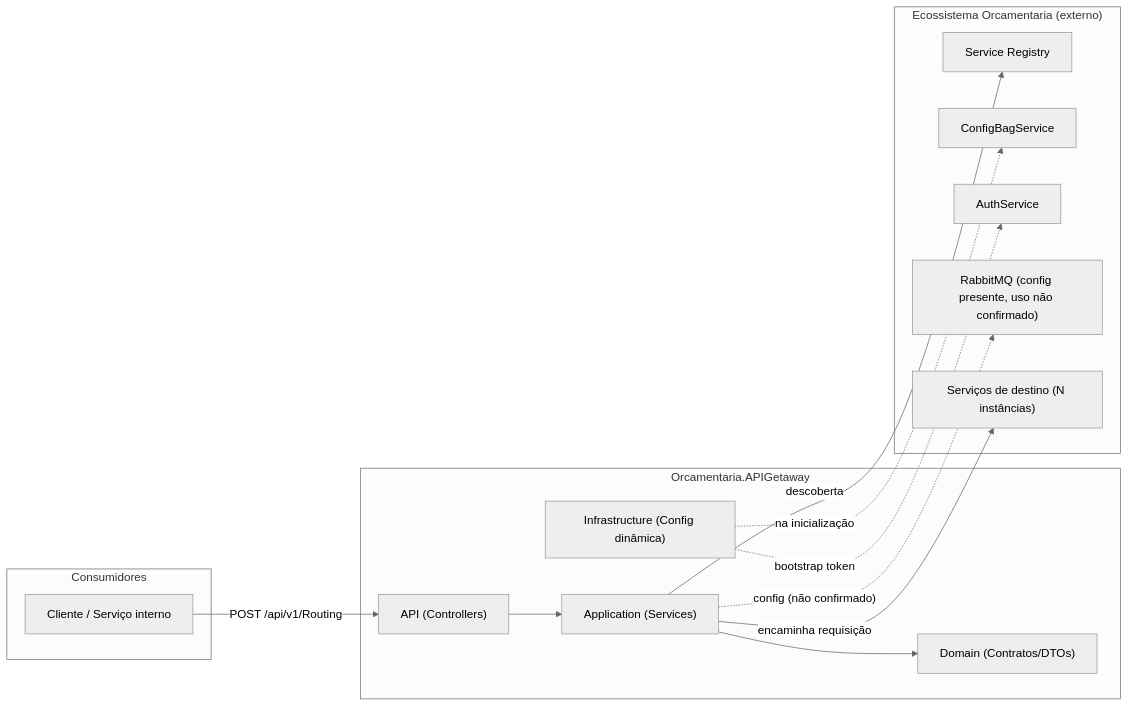
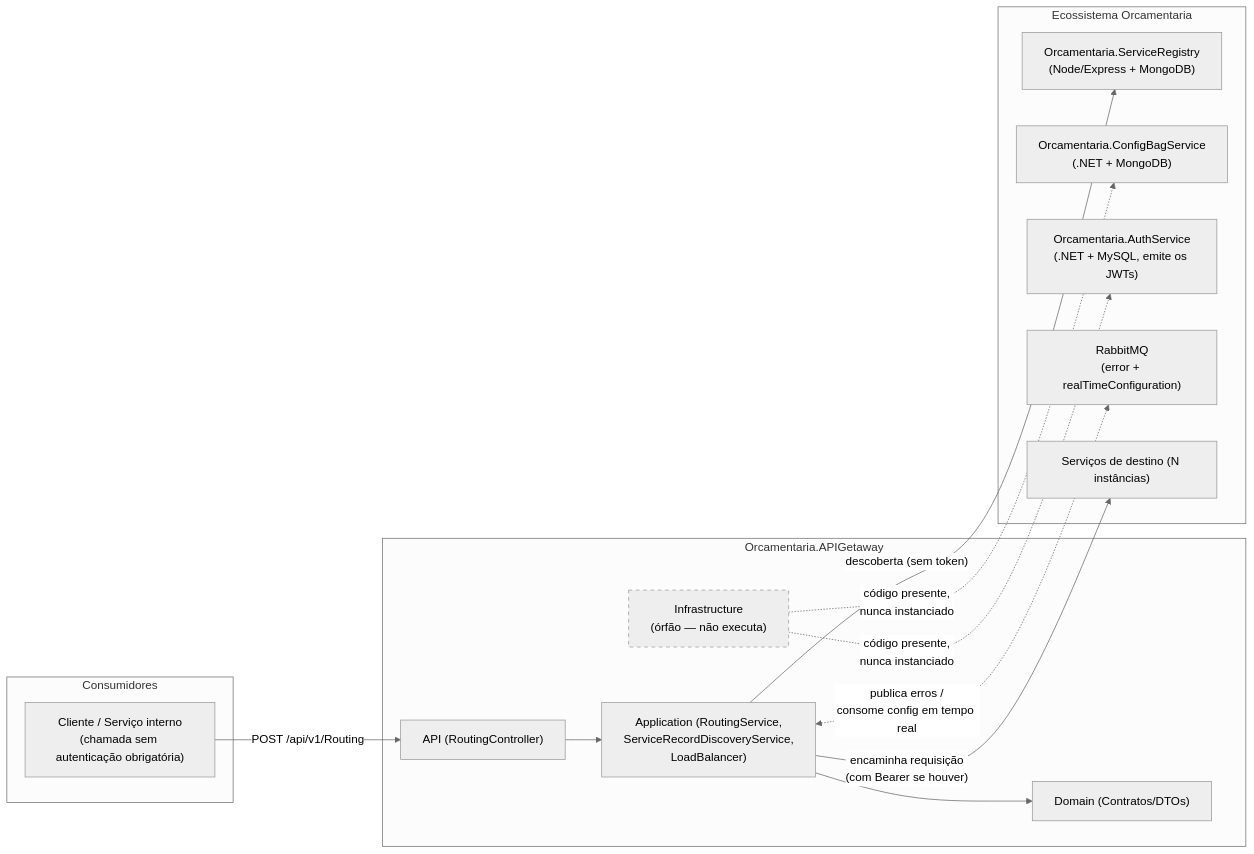
One commit to orcamentaria-microservice/Orcamentaria.APIGetaway changed the second of 3 diagrams in README.md. Above: the diagram before and after it, drawn with Mermaid (neutral theme). The commit also changed other lines of this file, not shown here.

First line of the commit message:
Rewrite README with facts verified against Lib and sibling services

````diff
--- a/README.md
+++ b/README.md
@@ -347,30 +368,32 @@
 ```mermaid
 flowchart LR
     subgraph Cliente["Consumidores"]
-        C["Cliente / Serviço interno"]
+        C["Cliente / Serviço interno<br/>(chamada sem autenticação obrigatória)"]
     end
 
     subgraph Gateway["Orcamentaria.APIGetaway"]
-        API["API (Controllers)"]
-        APP["Application (Services)"]
+        API["API (RoutingController)"]
+        APP["Application (RoutingService,<br/>ServiceRecordDiscoveryService,<br/>LoadBalancer)"]
         DOM["Domain (Contratos/DTOs)"]
-        INFRA["Infrastructure (Config dinâmica)"]
+        INFRA["Infrastructure<br/>(órfão — não executa)"]
     end
 
-    subgraph Ext["Ecossistema Orcamentaria (externo)"]
-        SR["Service Registry"]
-        CB["ConfigBagService"]
-        AUTH["AuthService"]
-        MQ["RabbitMQ (config presente, uso não confirmado)"]
+    subgraph Ext["Ecossistema Orcamentaria"]
+        SR["Orcamentaria.ServiceRegistry<br/>(Node/Express + MongoDB)"]
+        CB["Orcamentaria.ConfigBagService<br/>(.NET + MongoDB)"]
+        AUTH["Orcamentaria.AuthService<br/>(.NET + MySQL, emite os JWTs)"]
+        MQ["RabbitMQ<br/>(error + realTimeConfiguration)"]
         DS["Serviços de destino (N instâncias)"]
     end
 
     C -->|"POST /api/v1/Routing"| API
     API --> APP
     APP --> DOM
-    INFRA -.->|"na inicialização"| CB
-    INFRA -.->|"bootstrap token"| AUTH
-    APP -->|"descoberta"| SR
-    APP -->|"encaminha requisição"| DS
-    APP -.->|"config (não confirmado)"| MQ
+    APP -->|"descoberta (sem token)"| SR
+    APP -->|"encaminha requisição<br/>(com Bearer se houver)"| DS
+    APP <-.->|"publica erros /<br/>consome config em tempo real"| MQ
+    INFRA -.->|"código presente,<br/>nunca instanciado"| CB
+    INFRA -.->|"código presente,<br/>nunca instanciado"| AUTH
+
+    style INFRA stroke-dasharray: 5 5
 ```
````
